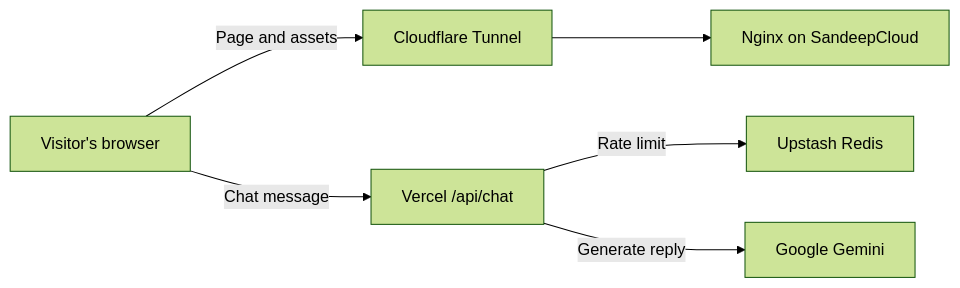
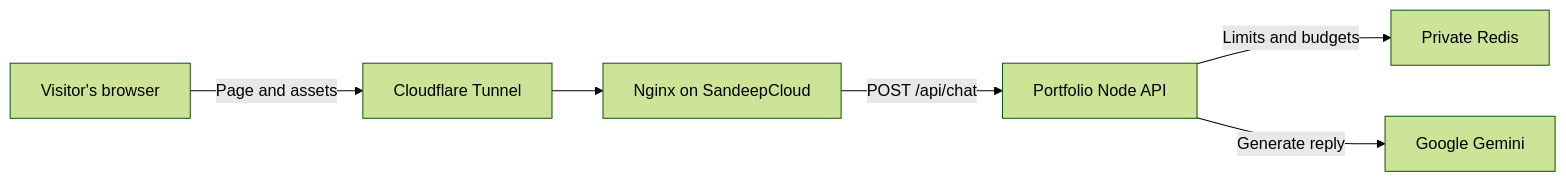
The diagram in README.md (pokharelsandeep333-commits/Portfolio), drawn with Mermaid (forest theme) before and after one commit. The commit also changed other lines of this file and 26 other files, not shown here.

Commit message:
Serve portfolio chat on SandeepCloud with Gemini and private Redis

````diff
--- a/README.md
+++ b/README.md
@@ -33,9 +33,9 @@
 ```mermaid
 flowchart LR
     browser["Visitor's browser"]
     browser -->|Page and assets| tunnel["Cloudflare Tunnel"]
     tunnel --> web["Nginx on SandeepCloud"]
-    browser -->|Chat message| chat["Vercel /api/chat"]
-    chat -->|Rate limit| redis["Upstash Redis"]
+    web -->|POST /api/chat| chat["Portfolio Node API"]
+    chat -->|Limits and budgets| redis["Private Redis"]
     chat -->|Generate reply| gemini["Google Gemini"]
 ```
````
